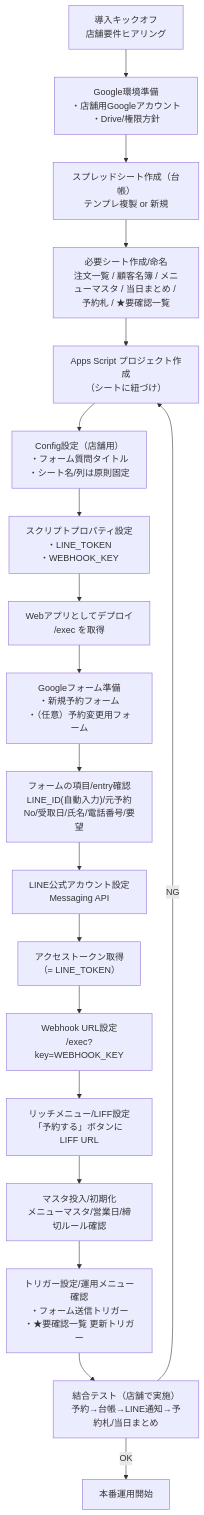
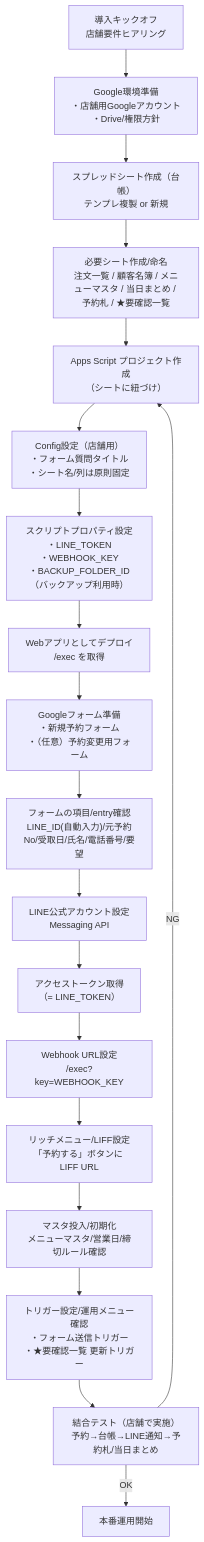
One commit to SAXXXOP/Bento-Takeout-Oder-System changed the diagram in README.md. Above: the diagram before and after it, drawn with Mermaid.

Commit message:
Update script property settings in README
Added BACKUP_FOLDER_ID to script property settings.

````diff
--- a/README.md
+++ b/README.md
@@ -145,21 +145,21 @@
 ```mermaid
 flowchart TD
   A["導入キックオフ\n店舗要件ヒアリング"] --> B["Google環境準備\n・店舗用Googleアカウント\n・Drive/権限方針"]
   B --> C["スプレッドシート作成（台帳）\nテンプレ複製 or 新規"]
   C --> C1["必要シート作成/命名\n注文一覧 / 顧客名簿 / メニューマスタ / 当日まとめ / 予約札 / ★要確認一覧"]
   C1 --> D["Apps Script プロジェクト作成\n（シートに紐づけ）"]
   D --> D1["Config設定（店舗用）\n・フォーム質問タイトル\n・シート名/列は原則固定"]
-  D1 --> E["スクリプトプロパティ設定\n・LINE_TOKEN\n・WEBHOOK_KEY"]
+  D1 --> E["スクリプトプロパティ設定\n・LINE_TOKEN\n・WEBHOOK_KEY\n・BACKUP_FOLDER_ID（バックアップ利用時）"]
   E --> F["Webアプリとしてデプロイ\n/exec を取得"]
   F --> G["Googleフォーム準備\n・新規予約フォーム\n・（任意）予約変更用フォーム"]
   G --> G1["フォームの項目/entry確認\nLINE_ID(自動入力)/元予約No/受取日/氏名/電話番号/要望"]
   G1 --> H["LINE公式アカウント設定\nMessaging API"]
   H --> H1["アクセストークン取得\n（= LINE_TOKEN）"]
   H1 --> H2["Webhook URL設定\n/exec?key=WEBHOOK_KEY"]
   H2 --> H3["リッチメニュー/LIFF設定\n「予約する」ボタンに LIFF URL"]
   H3 --> I["マスタ投入/初期化\nメニューマスタ/営業日/締切ルール確認"]
   I --> J["トリガー設定/運用メニュー確認\n・フォーム送信トリガー\n・★要確認一覧 更新トリガー"]
   J --> K["結合テスト（店舗で実施）\n予約→台帳→LINE通知→予約札/当日まとめ"]
   K -->|OK| L["本番運用開始"]
   K -->|NG| D
 ```
````
